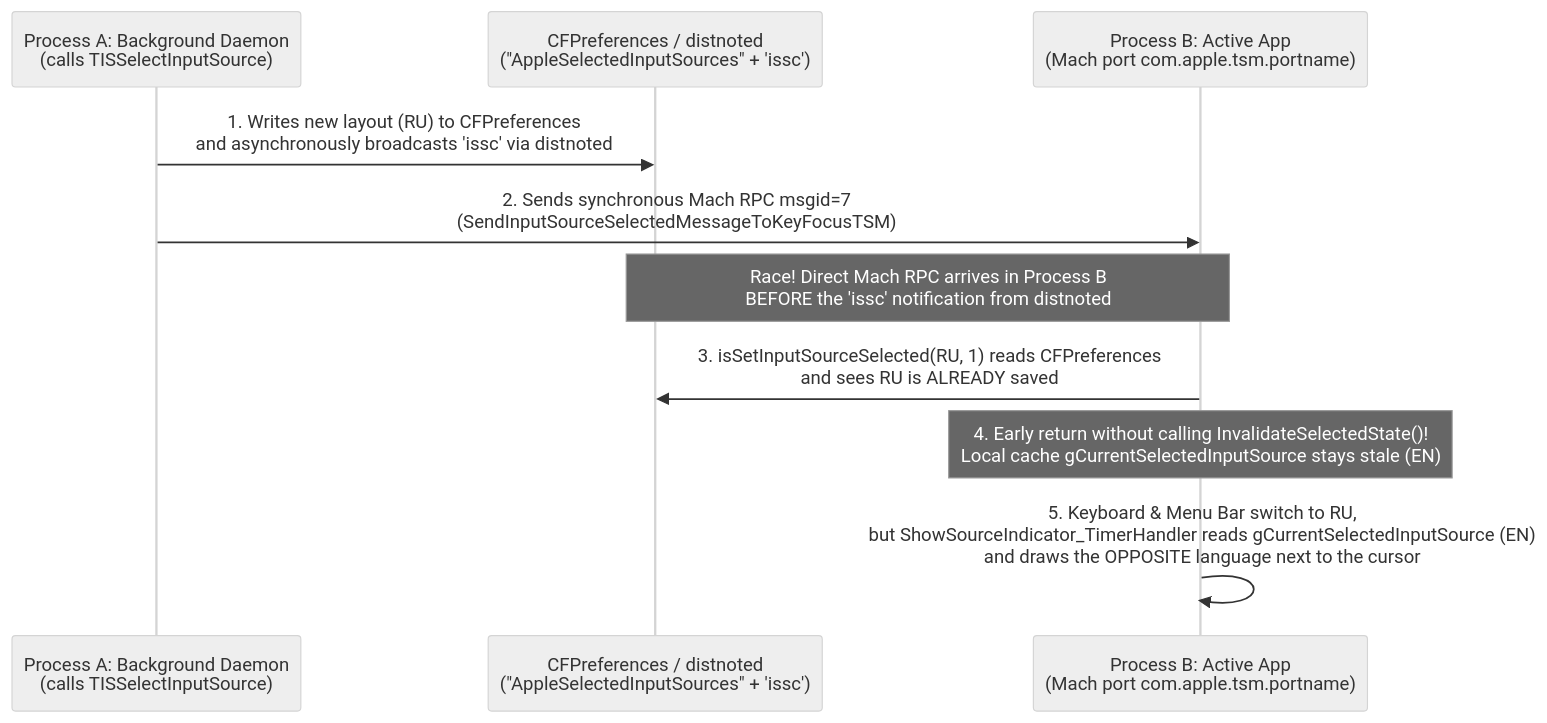
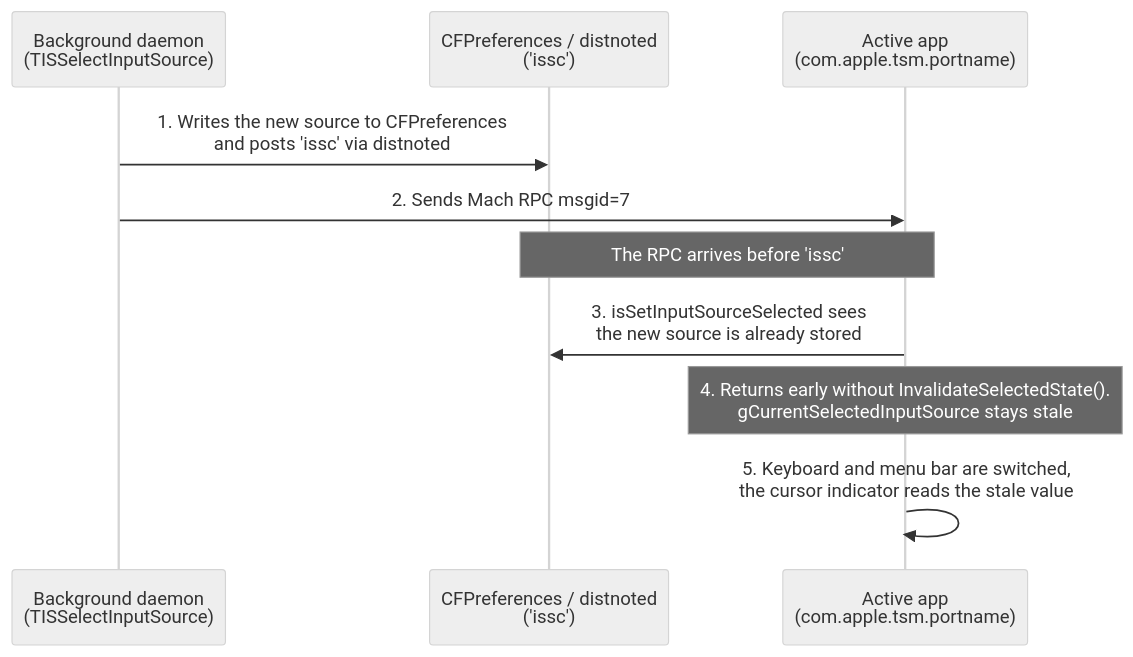
One commit to vldks/globe-switcher-macos changed the second of 2 diagrams in README.md. Above: the diagram before and after it, drawn with Mermaid (neutral theme). The commit also changed other lines of this file and 1 other file, not shown here.

````diff
--- a/README.md
+++ b/README.md
@@ -162,13 +128,13 @@
 ```mermaid
 sequenceDiagram
-    participant Daemon as Process A: Background Daemon<br/>(calls TISSelectInputSource)
-    participant Prefs as CFPreferences / distnoted<br/>("AppleSelectedInputSources" + 'issc')
-    participant App as Process B: Active App<br/>(Mach port com.apple.tsm.portname)
+    participant Daemon as Background daemon<br/>(TISSelectInputSource)
+    participant Prefs as CFPreferences / distnoted<br/>('issc')
+    participant App as Active app<br/>(com.apple.tsm.portname)
 
-    Daemon->>Prefs: 1. Writes new layout (RU) to CFPreferences<br/>and asynchronously broadcasts 'issc' via distnoted
-    Daemon->>App: 2. Sends synchronous Mach RPC msgid=7<br/>(SendInputSourceSelectedMessageToKeyFocusTSM)
-    Note over App,Prefs: Race! Direct Mach RPC arrives in Process B<br/>BEFORE the 'issc' notification from distnoted
-    App->>Prefs: 3. isSetInputSourceSelected(RU, 1) reads CFPreferences<br/>and sees RU is ALREADY saved
-    Note over App: 4. Early return without calling InvalidateSelectedState()!<br/>Local cache gCurrentSelectedInputSource stays stale (EN)
-    App->>App: 5. Keyboard & Menu Bar switch to RU,<br/>but ShowSourceIndicator_TimerHandler reads gCurrentSelectedInputSource (EN)<br/>and draws the OPPOSITE language next to the cursor
+    Daemon->>Prefs: 1. Writes the new source to CFPreferences<br/>and posts 'issc' via distnoted
+    Daemon->>App: 2. Sends Mach RPC msgid=7
+    Note over App,Prefs: The RPC arrives before 'issc'
+    App->>Prefs: 3. isSetInputSourceSelected sees<br/>the new source is already stored
+    Note over App: 4. Returns early without InvalidateSelectedState().<br/>gCurrentSelectedInputSource stays stale
+    App->>App: 5. Keyboard and menu bar are switched,<br/>the cursor indicator reads the stale value
 ```
````
